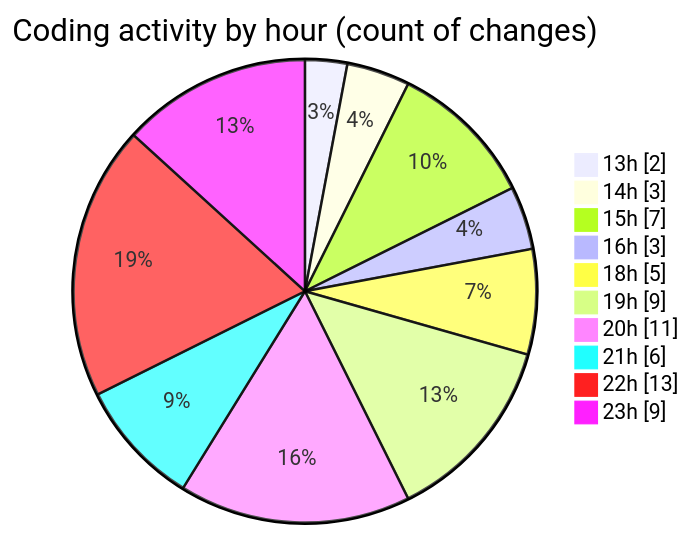
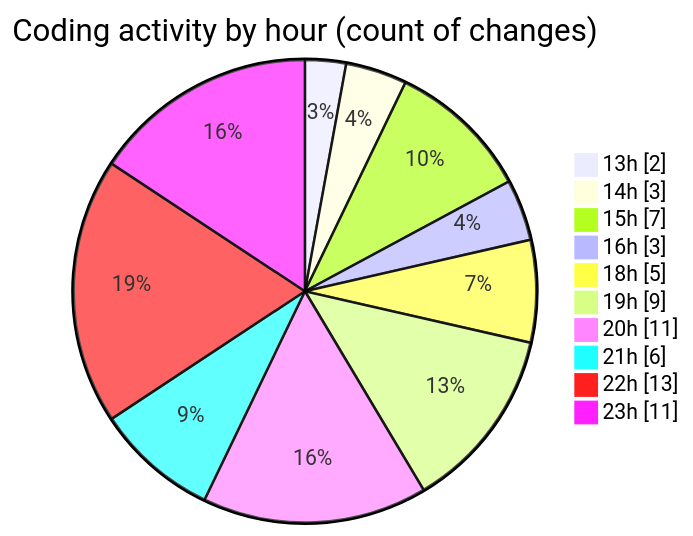
One commit to julien-gomy/code-tracking changed the second of 2 diagrams in 2025-11-14/cdp_aleoudev_fr__workspace_/README.md. Above: the diagram before and after it, drawn with Mermaid. The commit also changed other lines of this file and 1 other file, not shown here.

````diff
--- a/2025-11-14/cdp_aleoudev_fr__workspace_/README.md
+++ b/2025-11-14/cdp_aleoudev_fr__workspace_/README.md
@@ -45,14 +45,14 @@
 ```mermaid
 pie showData
 title Coding activity by hour (count of changes)
 "13h" : 2
 "14h" : 3
 "15h" : 7
 "16h" : 3
 "18h" : 5
 "19h" : 9
 "20h" : 11
 "21h" : 6
 "22h" : 13
-"23h" : 9
+"23h" : 11
 ```
````
